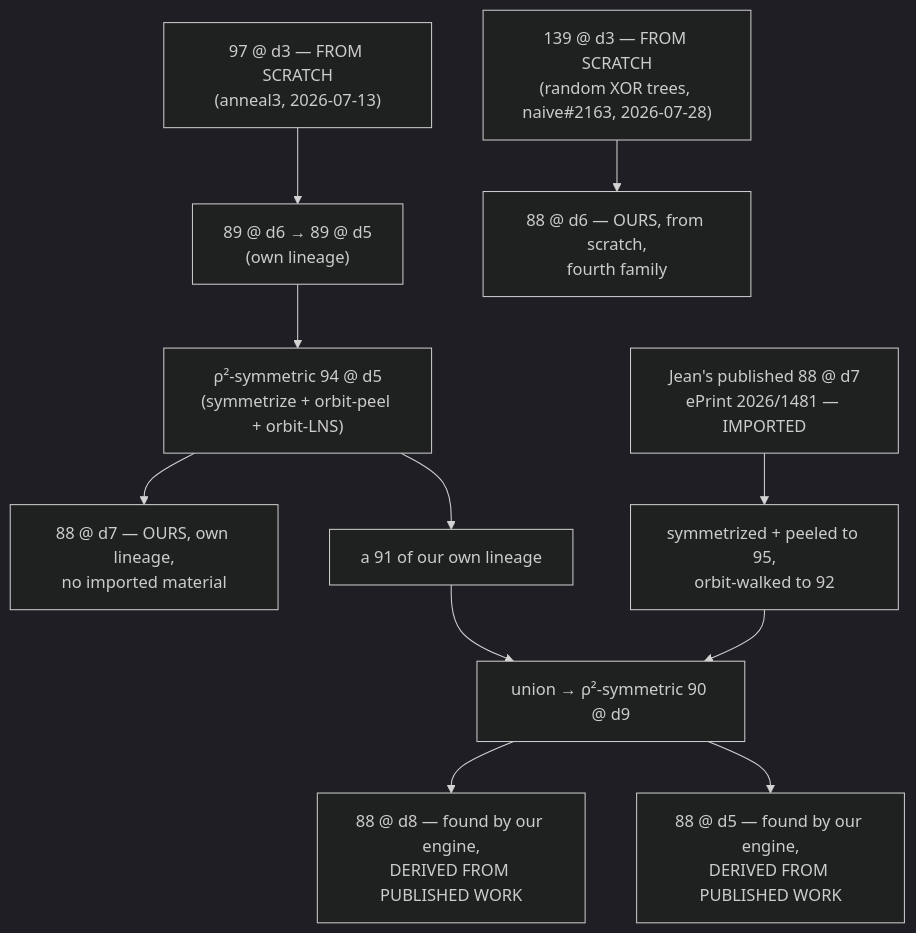
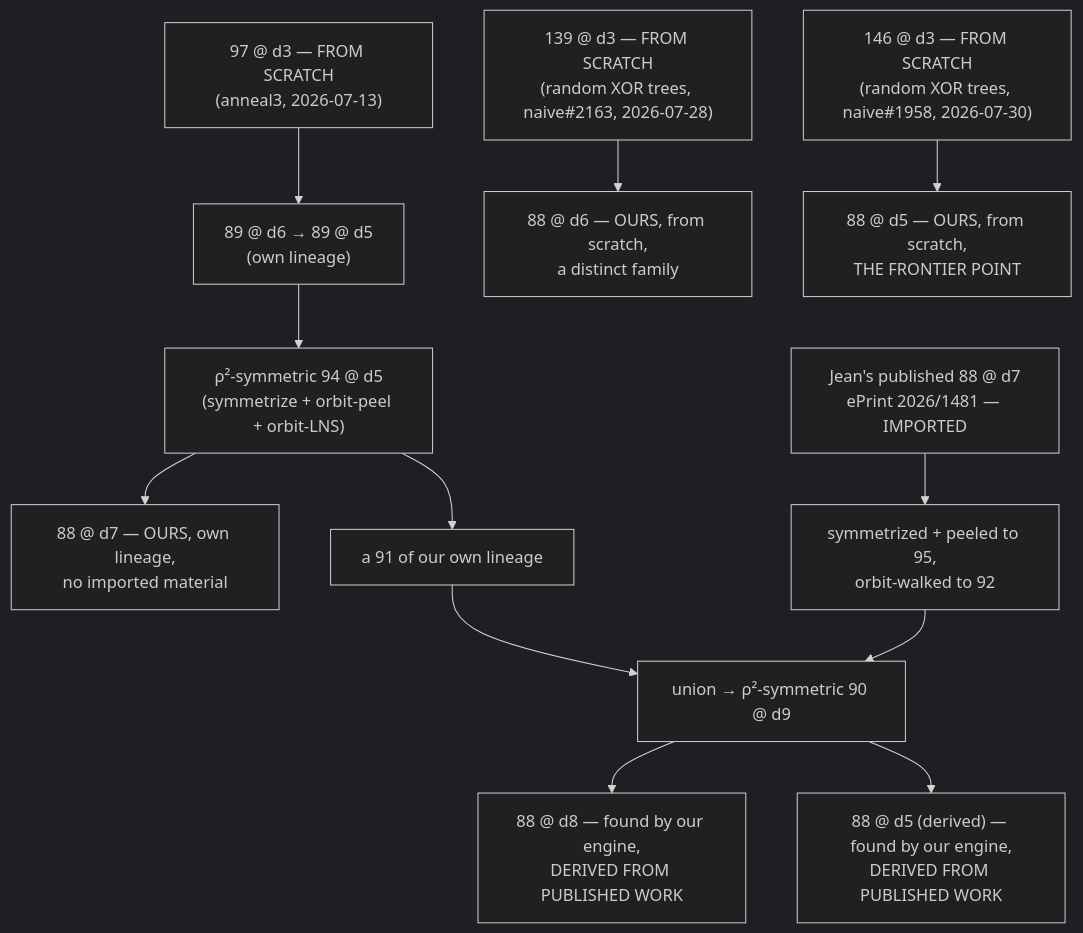
The third of 3 diagrams in METHODS.md (Joe-b-20/slp-plateau-search), drawn with Mermaid (dark theme) before and after one commit. The commit also changed other lines of this file and 32 other files, not shown here.

First line of the commit message:
v3.1.0: a from-scratch 88 @ depth 5 — the frontier collapses to one line

````diff
--- a/METHODS.md
+++ b/METHODS.md
@@ -265,13 +274,14 @@
 ```mermaid
 flowchart TD
     R["97 @ d3 — FROM SCRATCH<br/>(anneal3, 2026-07-13)"] --> S89["89 @ d6 → 89 @ d5<br/>(own lineage)"]
     S89 --> S94["ρ²-symmetric 94 @ d5<br/>(symmetrize + orbit-peel + orbit-LNS)"]
     S94 --> N88["88 @ d7 — OURS, own lineage,<br/>no imported material"]
     S94 --> O91["a 91 of our own lineage"]
-    R2["139 @ d3 — FROM SCRATCH<br/>(random XOR trees, naive#2163, 2026-07-28)"] --> F88["88 @ d6 — OURS, from scratch,<br/>fourth family"]
+    R2["139 @ d3 — FROM SCRATCH<br/>(random XOR trees, naive#2163, 2026-07-28)"] --> F88["88 @ d6 — OURS, from scratch,<br/>a distinct family"]
+    R3["146 @ d3 — FROM SCRATCH<br/>(random XOR trees, naive#1958, 2026-07-30)"] --> F85["88 @ d5 — OURS, from scratch,<br/>THE FRONTIER POINT"]
     J["Jean's published 88 @ d7<br/>ePrint 2026/1481 — IMPORTED"] --> J92["symmetrized + peeled to 95,<br/>orbit-walked to 92"]
     J92 --> U["union → ρ²-symmetric 90 @ d9"]
     O91 --> U
     U --> T88["88 @ d8 — found by our engine,<br/>DERIVED FROM PUBLISHED WORK"]
-    U --> D88["88 @ d5 — found by our engine,<br/>DERIVED FROM PUBLISHED WORK"]
+    U --> D88["88 @ d5 (derived) — found by our engine,<br/>DERIVED FROM PUBLISHED WORK"]
 ```
````
